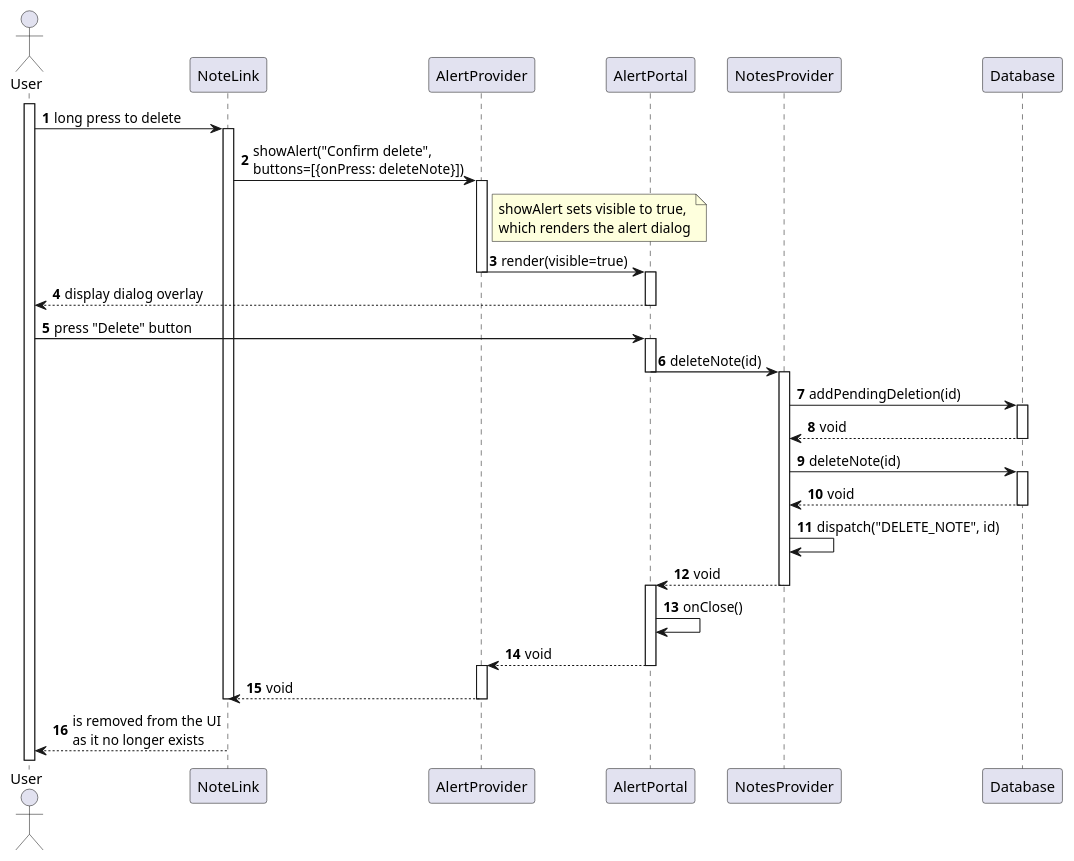
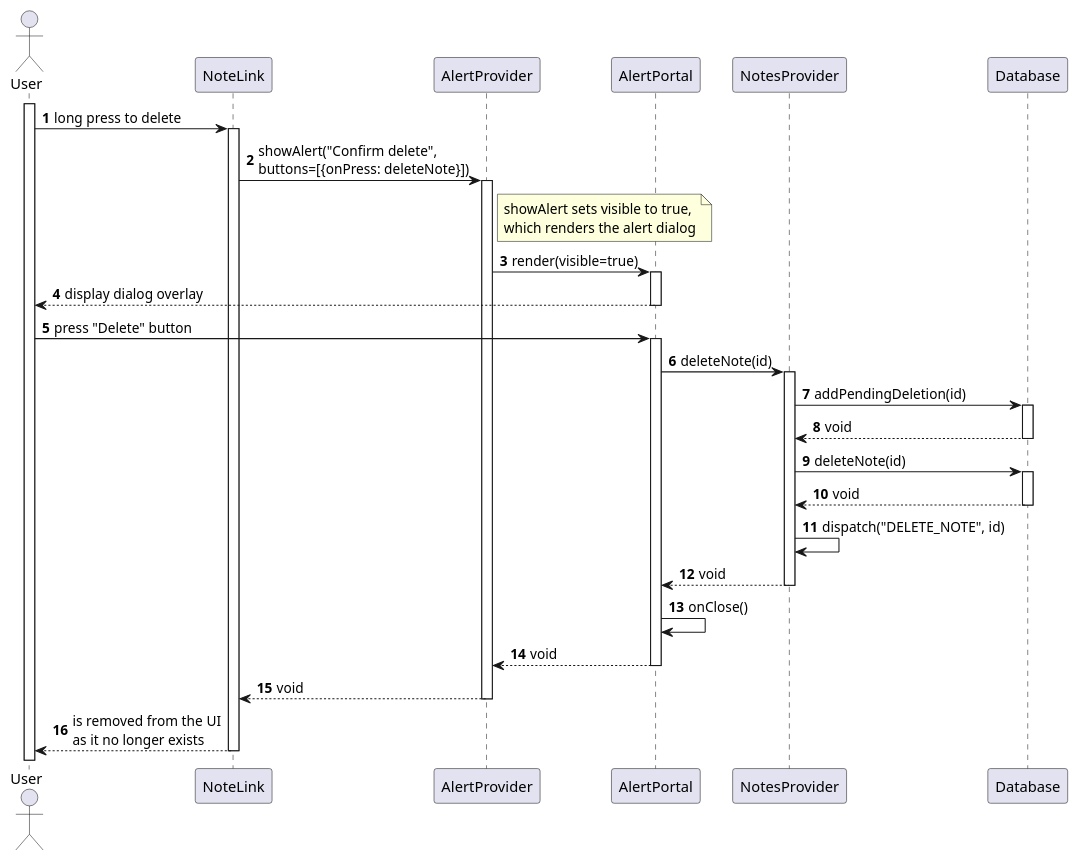
Before and after one commit to isneru/DSSMV_ProjectReact_1240567_1241692: the diagram in docs/UC05/puml/SD.puml, drawn with PlantUML. The commit also changed 11 other files, not shown here.

Commit message:
diagrams last touches

```diff
--- a/docs/UC05/puml/SD.puml
+++ b/docs/UC05/puml/SD.puml
@@ -1,57 +1,52 @@
 @startuml SD
 autonumber
 
 actor "User" as User
 participant "NoteLink" as Link
 participant "AlertProvider" as AlertCtx
 participant "AlertPortal" as Portal
 participant "NotesProvider" as NotesCtx
 participant "Database" as DB
 
 activate User
 User -> Link : long press to delete
 activate Link
 
 Link -> AlertCtx : showAlert("Confirm delete",\nbuttons=[{onPress: deleteNote}])
 activate AlertCtx
 note right of AlertCtx : showAlert sets visible to true,\nwhich renders the alert dialog
 AlertCtx -> Portal : render(visible=true)
-deactivate AlertCtx
 activate Portal
 Portal --> User : display dialog overlay
 deactivate Portal
-deactivate AlertCtx
 
 User -> Portal : press "Delete" button
 activate Portal
 
 Portal -> NotesCtx : deleteNote(id)
-deactivate Portal
 activate NotesCtx
 
 NotesCtx -> DB : addPendingDeletion(id)
 activate DB
 DB --> NotesCtx : void
 deactivate DB
 
 NotesCtx -> DB : deleteNote(id)
 activate DB
 DB --> NotesCtx : void
 deactivate DB
 
 NotesCtx -> NotesCtx : dispatch("DELETE_NOTE", id)
 NotesCtx --> Portal : void
 deactivate NotesCtx
-activate Portal
 Portal -> Portal : onClose()
 Portal --> AlertCtx : void
 deactivate Portal
-activate AlertCtx
 AlertCtx --> Link : void
 deactivate AlertCtx
 
+
+Link --> User : is removed from the UI\nas it no longer exists
 deactivate Link
 
-Link --> User : is removed from the UI\nas it no longer exists
-
 @enduml
```
